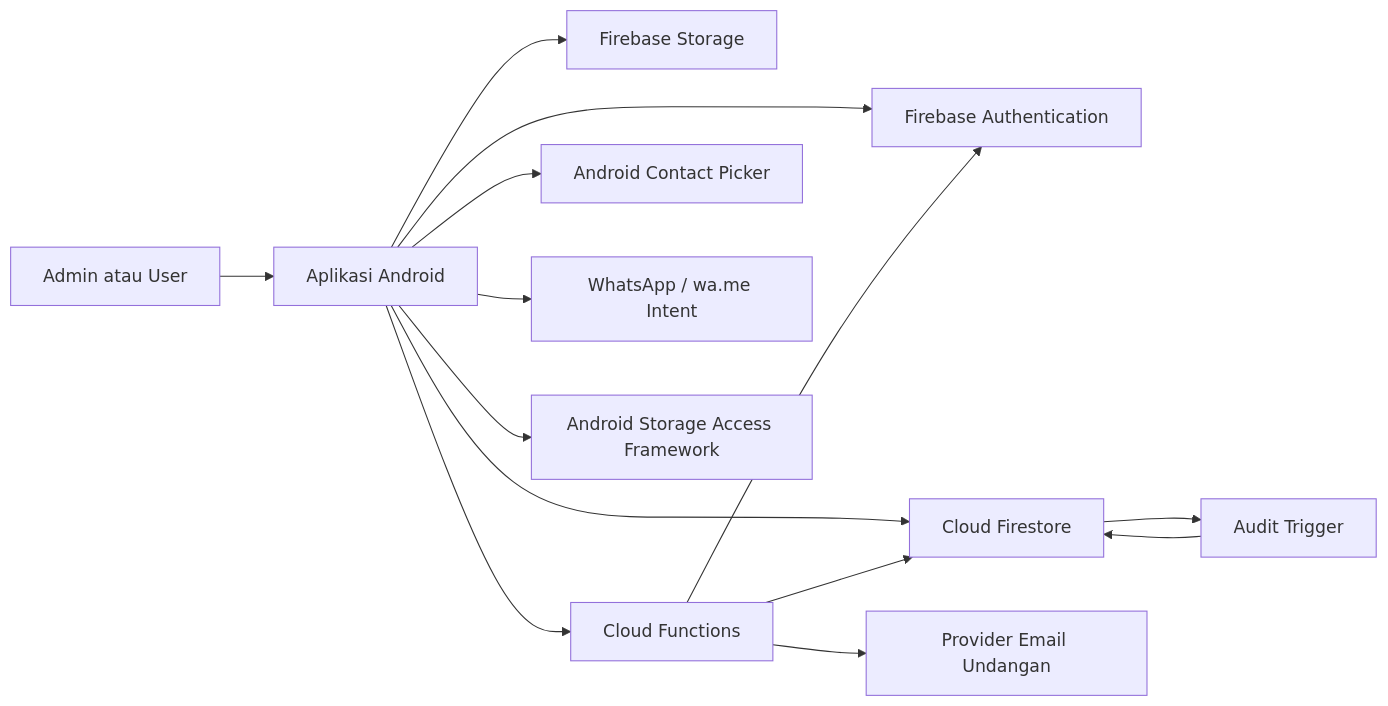
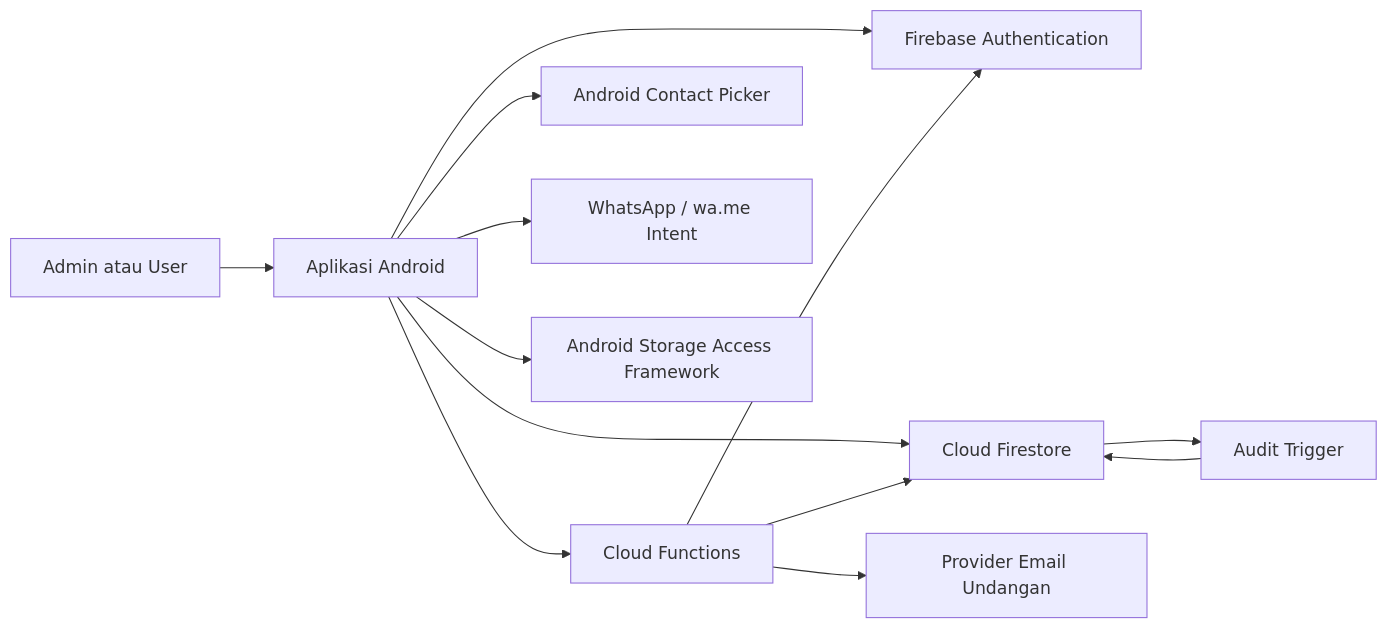
The first of 3 diagrams in .kiro/specs/manajemen-pelatihan/design.md (harunmaul2007-cmd/E-Pelatihan), drawn with Mermaid before and after one commit. The commit also changed other lines of this file and 15 other files, not shown here.

````diff
--- a/.kiro/specs/manajemen-pelatihan/design.md
+++ b/.kiro/specs/manajemen-pelatihan/design.md
@@ -38,16 +38,15 @@
 ```mermaid
 flowchart LR
     User[Admin atau User] --> App[Aplikasi Android]
     App --> Auth[Firebase Authentication]
     App --> Firestore[Cloud Firestore]
-    App --> Storage[Firebase Storage]
     App --> Functions[Cloud Functions]
     App --> Contacts[Android Contact Picker]
     App --> WhatsApp[WhatsApp / wa.me Intent]
     App --> SAF[Android Storage Access Framework]
     Functions --> Auth
     Functions --> Firestore
     Functions --> Mail[Provider Email Undangan]
     Firestore --> Triggers[Audit Trigger]
     Triggers --> Firestore
 ```
````
